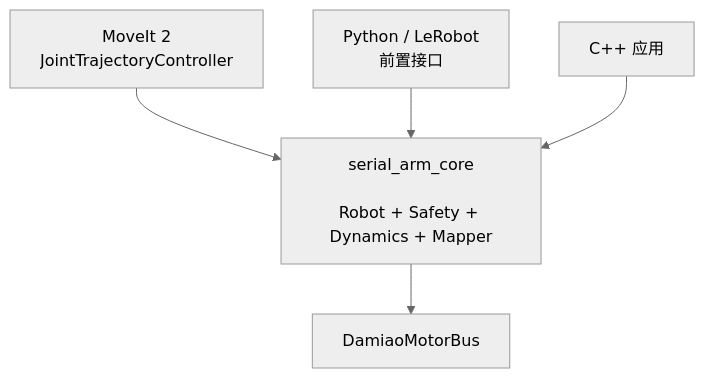
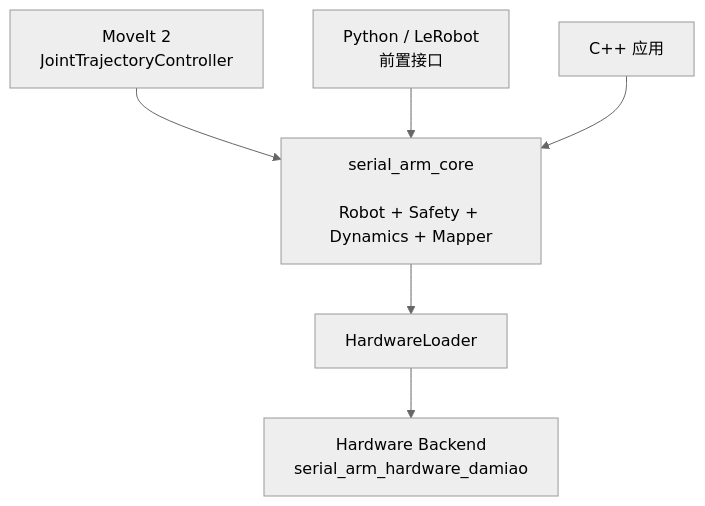
Before and after one commit to Kaede-Rei/DM-Arm-Hardware-Interface: the first of 2 diagrams in README.md, drawn with Mermaid (neutral theme). The commit also changed other lines of this file and 200 other files, not shown here.

Commit message:
refactor(serial_arm): 分离 serial_arm 和 robot_supports

````diff
--- a/README.md
+++ b/README.md
@@ -24,15 +24,17 @@
 ```mermaid
 flowchart TB
     MOVEIT["MoveIt 2<br/>JointTrajectoryController"]
     PYTHON["Python / LeRobot<br/>前置接口"]
     CPP["C++ 应用"]
 
     CORE["serial_arm_core<br/><br/>Robot + Safety + Dynamics + Mapper"]
-    BUS["DamiaoMotorBus"]
+    LOADER["HardwareLoader"]
+    BUS["Hardware Backend<br/>serial_arm_hardware_damiao"]
 
     MOVEIT --> CORE
     PYTHON --> CORE
     CPP --> CORE
 
-    CORE --> BUS
+    CORE --> LOADER
+    LOADER --> BUS
 ```
````
